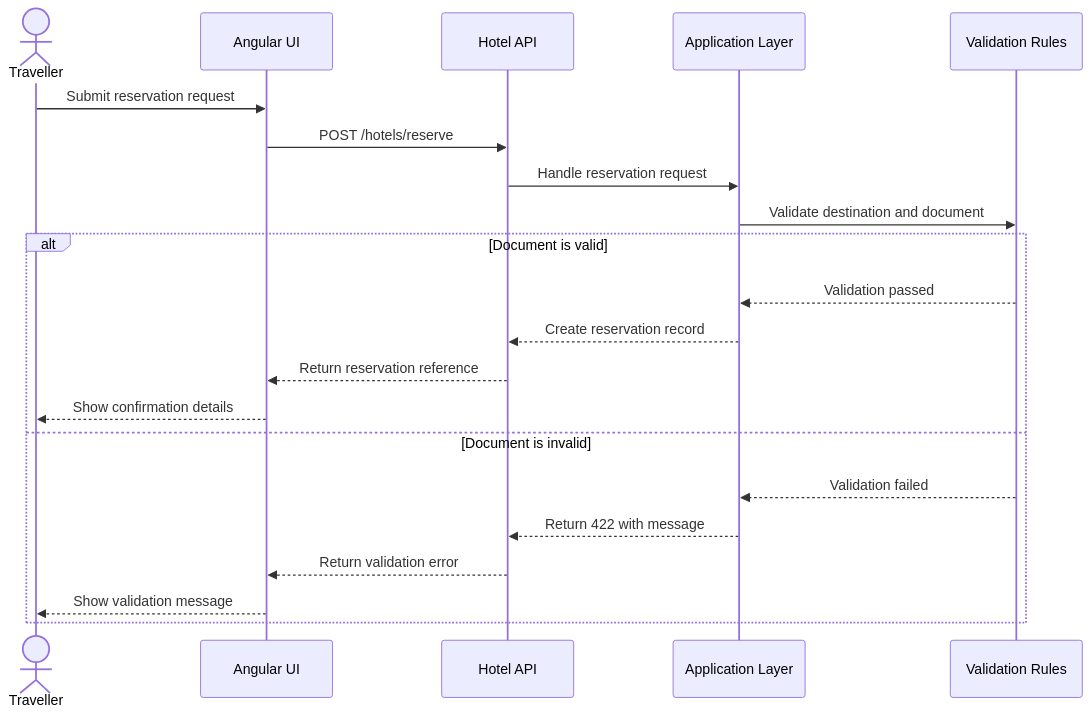
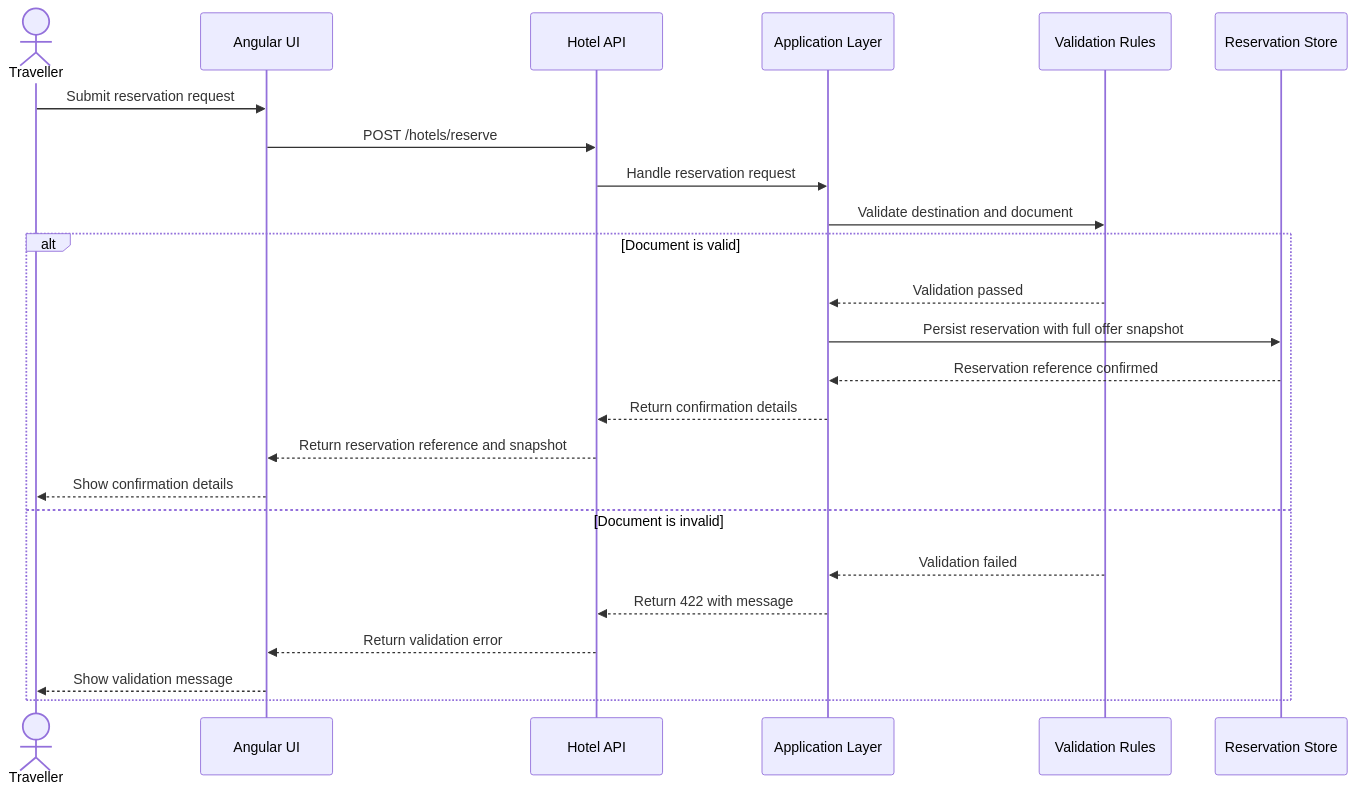
The second of 3 diagrams in docs/sequence-diagram.md (Lokeshhjain/hotelstay), drawn with Mermaid before and after one commit. The commit also changed 56 other files, not shown here.

````diff
--- a/docs/sequence-diagram.md
+++ b/docs/sequence-diagram.md
@@ -31,24 +31,27 @@
 ```mermaid
 sequenceDiagram
     actor Traveller
     participant UI as Angular UI
     participant API as Hotel API
     participant App as Application Layer
     participant Validation as Validation Rules
+    participant Store as Reservation Store
 
     Traveller->>UI: Submit reservation request
     UI->>API: POST /hotels/reserve
     API->>App: Handle reservation request
     App->>Validation: Validate destination and document
     alt Document is valid
         Validation-->>App: Validation passed
-        App-->>API: Create reservation record
-        API-->>UI: Return reservation reference
+        App->>Store: Persist reservation with full offer snapshot
+        Store-->>App: Reservation reference confirmed
+        App-->>API: Return confirmation details
+        API-->>UI: Return reservation reference and snapshot
         UI-->>Traveller: Show confirmation details
     else Document is invalid
         Validation-->>App: Validation failed
         App-->>API: Return 422 with message
         API-->>UI: Return validation error
         UI-->>Traveller: Show validation message
     end
 ```
````
